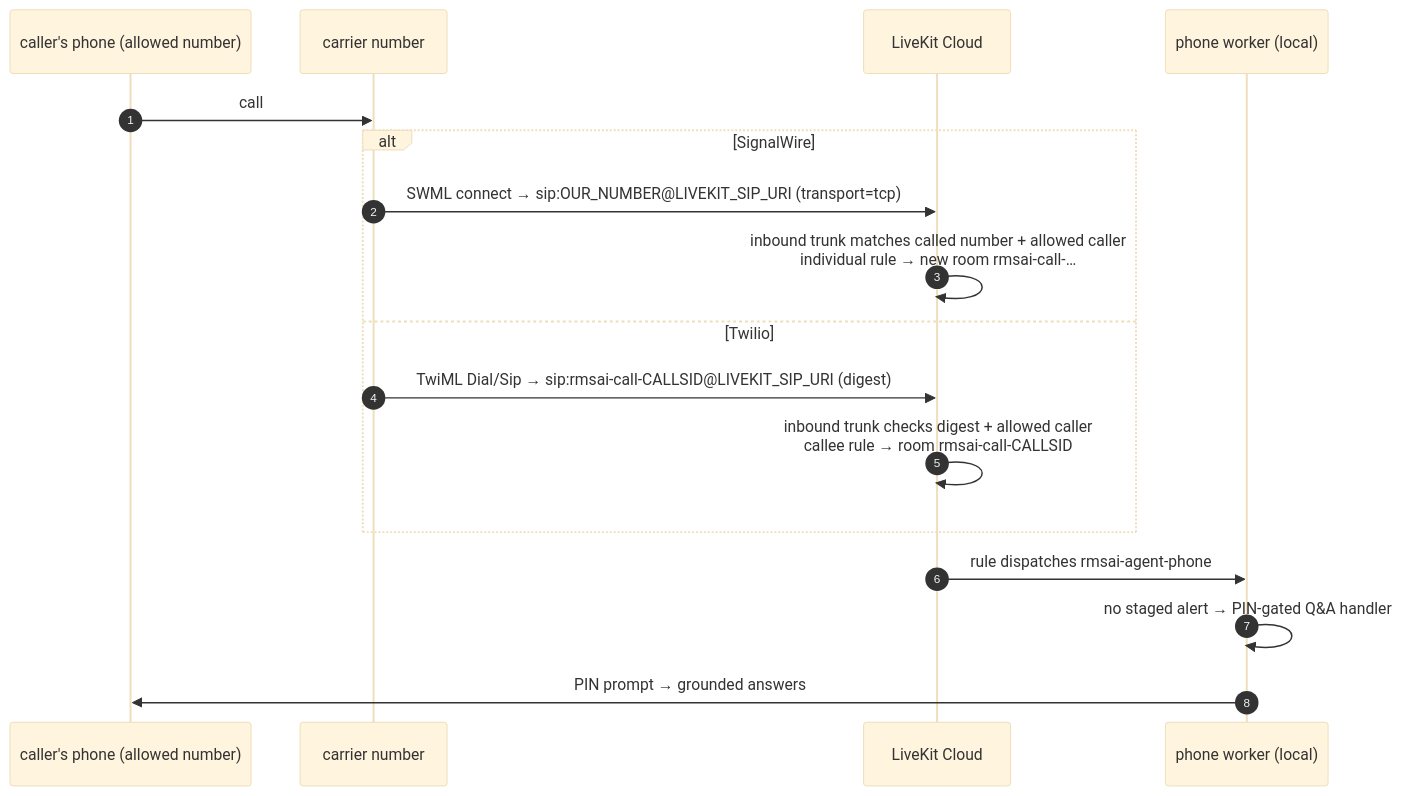
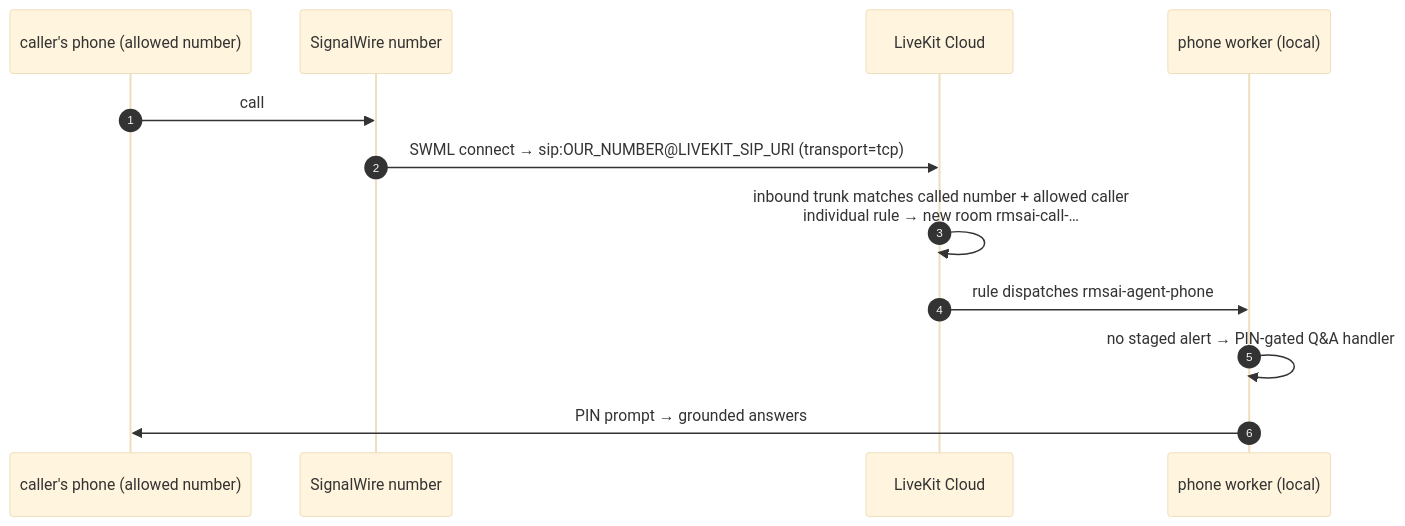
The fifth of 5 diagrams in ARCHITECTURE.md (crtx-sg/rmsai-relay), drawn with Mermaid (base theme) before and after one commit. The commit also changed other lines of this file and 22 other files, not shown here.

First line of the commit message:
SignalWire is the only carrier: remove Twilio

````diff
--- a/ARCHITECTURE.md
+++ b/ARCHITECTURE.md
@@ -565,19 +560,14 @@
 ```mermaid
 sequenceDiagram
     autonumber
     participant P as caller's phone (allowed number)
-    participant CR as carrier number
+    participant CR as SignalWire number
     participant LK as LiveKit Cloud
     participant W as phone worker (local)
     P->>CR: call
-    alt SignalWire
-        CR->>LK: SWML connect → sip:OUR_NUMBER@LIVEKIT_SIP_URI (transport=tcp)
-        LK->>LK: inbound trunk matches called number + allowed caller<br/>individual rule → new room rmsai-call-…
-    else Twilio
-        CR->>LK: TwiML Dial/Sip → sip:rmsai-call-CALLSID@LIVEKIT_SIP_URI (digest)
-        LK->>LK: inbound trunk checks digest + allowed caller<br/>callee rule → room rmsai-call-CALLSID
-    end
+    CR->>LK: SWML connect → sip:OUR_NUMBER@LIVEKIT_SIP_URI (transport=tcp)
+    LK->>LK: inbound trunk matches called number + allowed caller<br/>individual rule → new room rmsai-call-…
     LK->>W: rule dispatches rmsai-agent-phone
     W->>W: no staged alert → PIN-gated Q&A handler
     W->>P: PIN prompt → grounded answers
 ```
````
